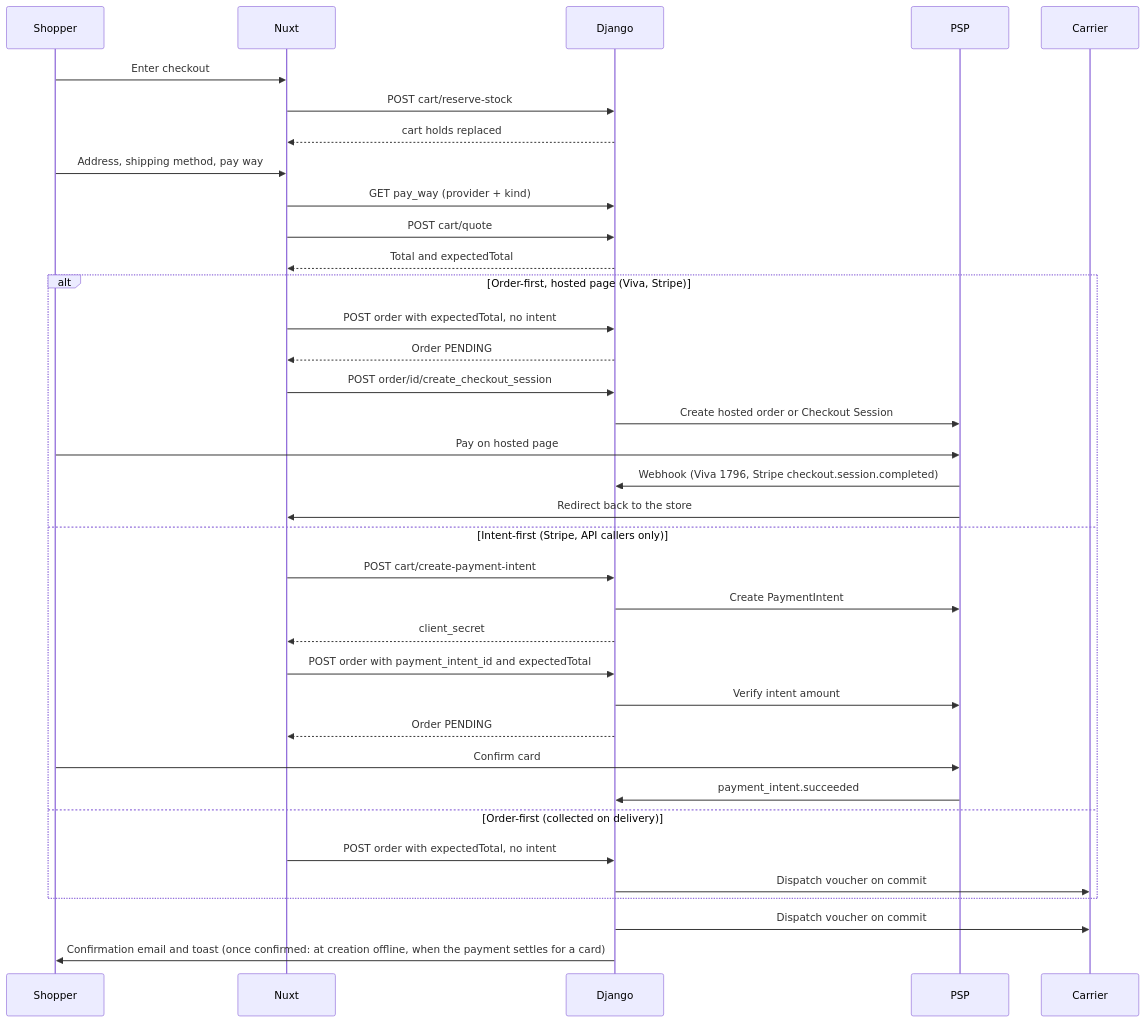
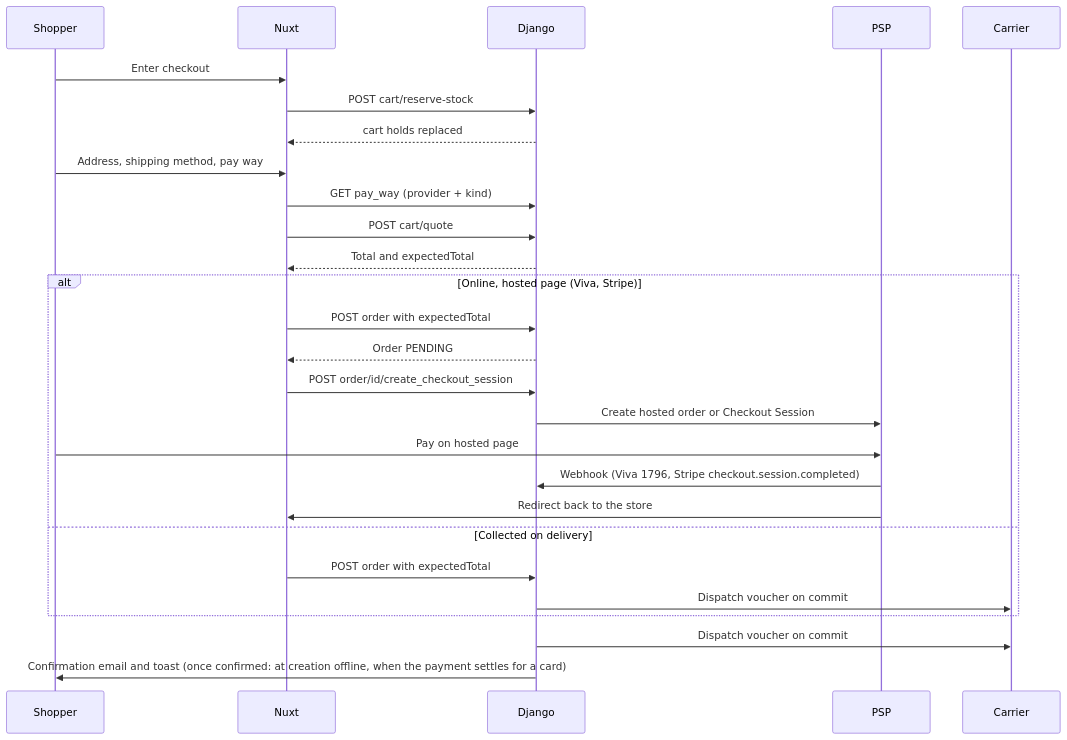
The diagram in src/dev/flows/checkout-and-payment.md (vasilistotskas/grooveshop-docs), drawn with Mermaid before and after one commit. The commit also changed other lines of this file and 10 other files, not shown here.

First line of the commit message:
docs(flows): every pay way creates the order first (#211)

````diff
--- a/src/dev/flows/checkout-and-payment.md
+++ b/src/dev/flows/checkout-and-payment.md
@@ -25,39 +25,30 @@
 ```mermaid
 sequenceDiagram
   participant S as Shopper
   participant N as Nuxt
   participant D as Django
   participant P as PSP
   participant C as Carrier
 
   S->>N: Enter checkout
   N->>D: POST cart/reserve-stock
   D-->>N: cart holds replaced
   S->>N: Address, shipping method, pay way
   N->>D: GET pay_way (provider + kind)
   N->>D: POST cart/quote
   D-->>N: Total and expectedTotal
-  alt Order-first, hosted page (Viva, Stripe)
-    N->>D: POST order with expectedTotal, no intent
+  alt Online, hosted page (Viva, Stripe)
+    N->>D: POST order with expectedTotal
     D-->>N: Order PENDING
     N->>D: POST order/id/create_checkout_session
     D->>P: Create hosted order or Checkout Session
     S->>P: Pay on hosted page
     P->>D: Webhook (Viva 1796, Stripe checkout.session.completed)
     P->>N: Redirect back to the store
-  else Intent-first (Stripe, API callers only)
-    N->>D: POST cart/create-payment-intent
-    D->>P: Create PaymentIntent
-    D-->>N: client_secret
-    N->>D: POST order with payment_intent_id and expectedTotal
-    D->>P: Verify intent amount
-    D-->>N: Order PENDING
-    S->>P: Confirm card
-    P->>D: payment_intent.succeeded
-  else Order-first (collected on delivery)
-    N->>D: POST order with expectedTotal, no intent
+  else Collected on delivery
+    N->>D: POST order with expectedTotal
     D->>C: Dispatch voucher on commit
   end
   D->>C: Dispatch voucher on commit
   D->>S: Confirmation email and toast (once confirmed: at creation offline, when the payment settles for a card)
 ```
````
